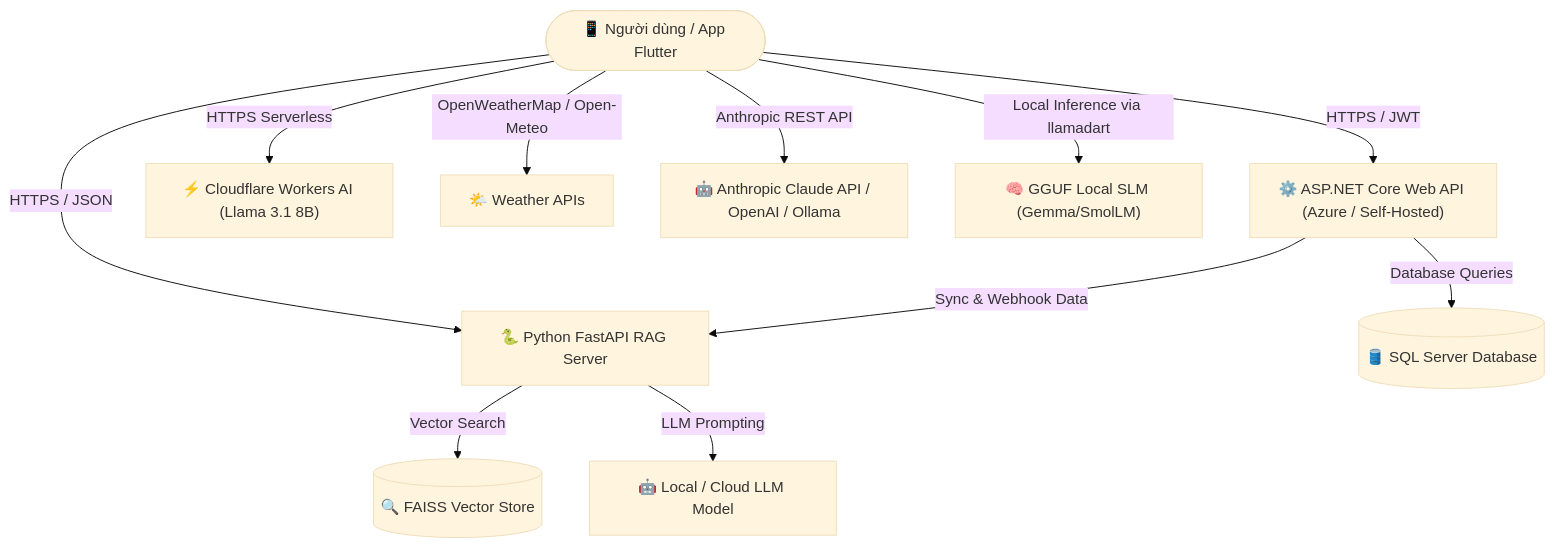
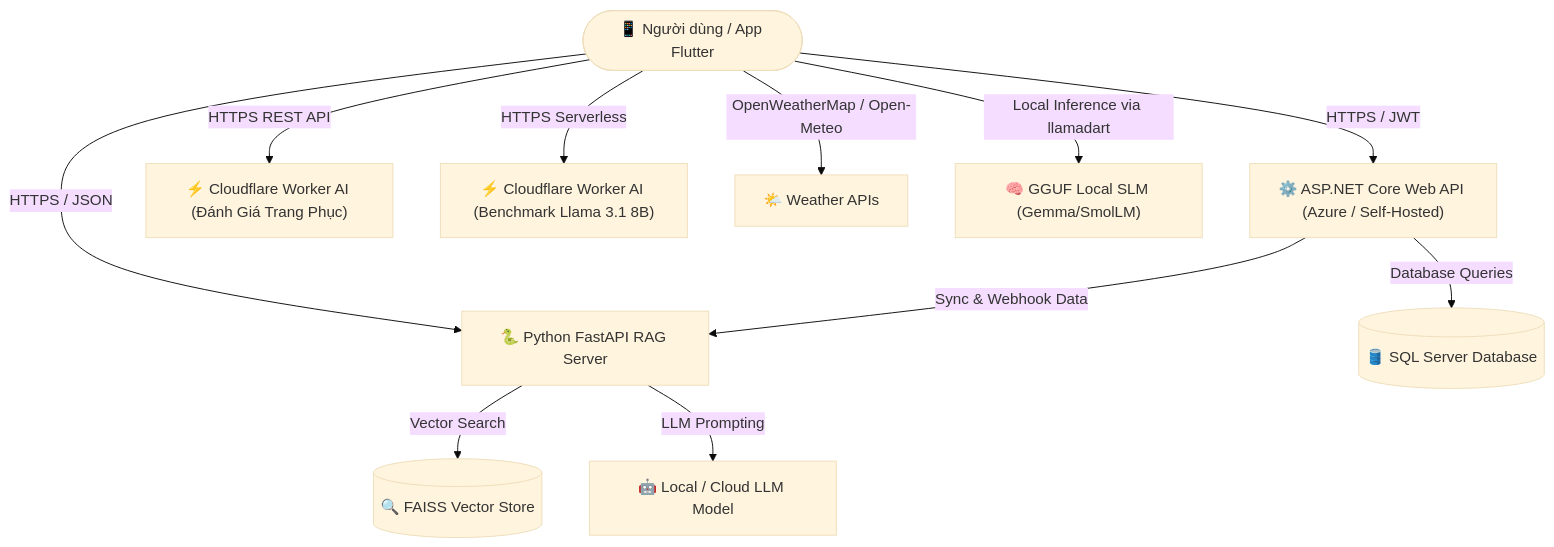
One commit to DaiAiTienTon/OpenSourceTuQuanAoAI changed the diagram in README.md. Above: the diagram before and after it, drawn with Mermaid (base theme). The commit also changed other lines of this file, not shown here.

Commit message:
Clarify ai_repository is unused legacy, document OutfitEvalViewModel Cloudflare Worker AI evaluation integration

````diff
--- a/README.md
+++ b/README.md
@@ -24,13 +24,13 @@
 ```mermaid
 graph TD
     User(["📱 Người dùng / App Flutter"]) -->|HTTPS / JWT| NetAPI["⚙️ ASP.NET Core Web API (Azure / Self-Hosted)"]
     User -->|HTTPS / JSON| RAGServer["🐍 Python FastAPI RAG Server"]
-    User -->|HTTPS Serverless| CFWorker["⚡ Cloudflare Workers AI (Llama 3.1 8B)"]
+    User -->|HTTPS REST API| EvalWorker["⚡ Cloudflare Worker AI (Đánh Giá Trang Phục)"]
+    User -->|HTTPS Serverless| BenchmarkWorker["⚡ Cloudflare Worker AI (Benchmark Llama 3.1 8B)"]
     User -->|OpenWeatherMap / Open-Meteo| WeatherAPI["🌤️ Weather APIs"]
-    User -->|Anthropic REST API| ClaudeAPI["🤖 Anthropic Claude API / OpenAI / Ollama"]
     User -->|Local Inference via llamadart| LocalAI["🧠 GGUF Local SLM (Gemma/SmolLM)"]
     NetAPI -->|Database Queries| SQLDB[("🛢️ SQL Server Database")]
     NetAPI -->|Sync & Webhook Data| RAGServer
     RAGServer -->|Vector Search| FAISS[("🔍 FAISS Vector Store")]
     RAGServer -->|LLM Prompting| LLM["🤖 Local / Cloud LLM Model"]
 ```
````
